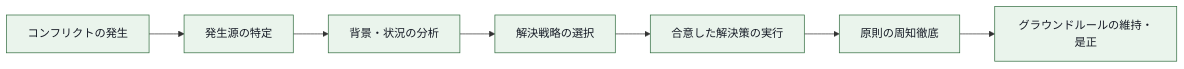
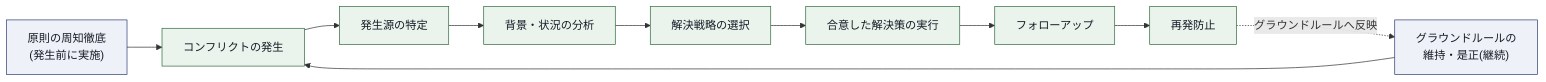
One commit to myoshi2891/Management-Team-Building-Studies changed the second of 5 diagrams in Pmp-domain1-people-guide.md. Above: the diagram before and after it, drawn with Mermaid. The commit also changed other lines of this file, not shown here.

Commit message:
docs(pmp-domain1): refine conflict management flowchart and TKI mode descriptions

````diff
--- a/Pmp-domain1-people-guide.md
+++ b/Pmp-domain1-people-guide.md
@@ -162,12 +162,17 @@
 ```mermaid
 flowchart LR
-    A["コンフリクトの発生"] --> B["発生源の特定"]
+    P["原則の周知徹底<br/>(発生前に実施)"] --> A["コンフリクトの発生"]
+    G["グラウンドルールの<br/>維持・是正(継続)"] --> A
+    A --> B["発生源の特定"]
     B --> C["背景・状況の分析"]
     C --> D["解決戦略の選択"]
     D --> E["合意した解決策の実行"]
-    E --> F["原則の周知徹底"]
-    F --> G["グラウンドルールの維持・是正"]
+    E --> F["フォローアップ"]
+    F --> H["再発防止"]
+    H -.->|グラウンドルールへ反映| G
 
     classDef step fill:#EAF4EC,stroke:#2F6B3D,color:#161B26;
-    class A,B,C,D,E,F,G step;
+    classDef ongoing fill:#EEF1F8,stroke:#2E3F72,color:#161B26;
+    class A,B,C,D,E,F,H step;
+    class P,G ongoing;
 ```
````
